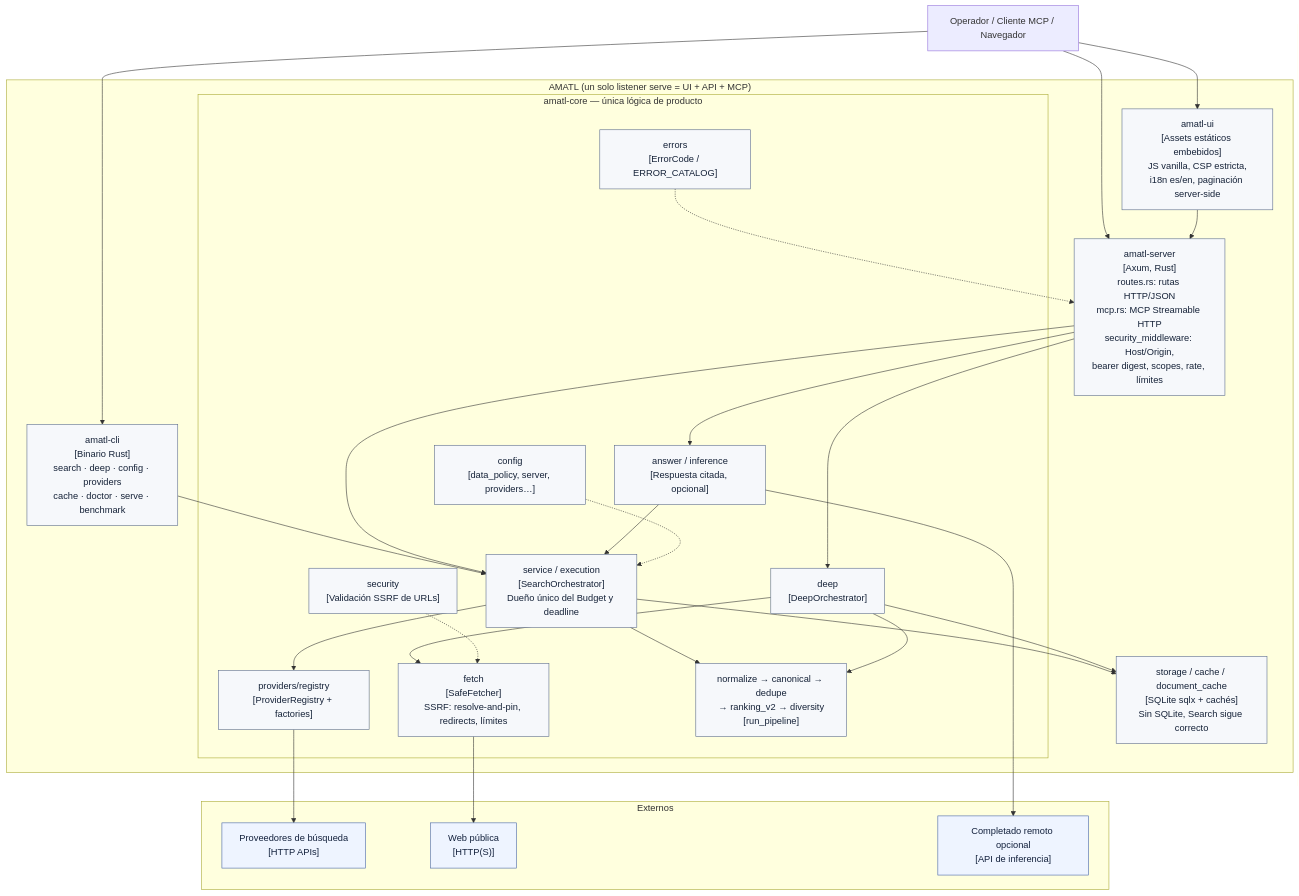
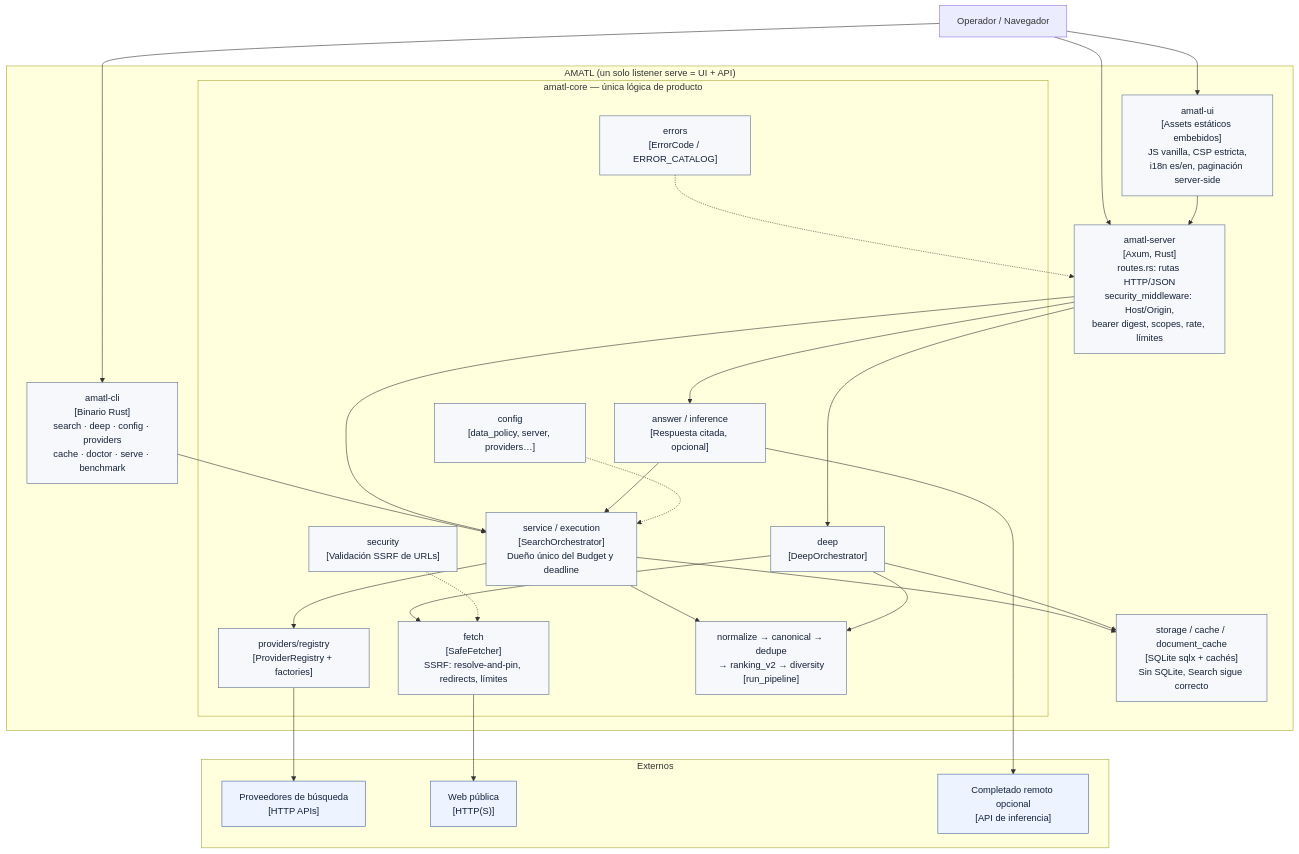
The diagram in docs/diagrams/c4-contenedores.mmd (IA-Alex/amatl), drawn with Mermaid before and after one commit. The commit also changed 53 other files, not shown here.

```diff
--- a/docs/diagrams/c4-contenedores.mmd
+++ b/docs/diagrams/c4-contenedores.mmd
@@ -1,59 +1,59 @@
 %% C4 Nivel 2 — Contenedores de AMATL (UML-like, C4)
-%% Fuente: mapa de crates (lib.rs de cada crate), memorias Serena (core, server/http-mcp, ui/frontend).
+%% Fuente: mapa de crates (lib.rs de cada crate), memorias Serena (core, server, ui/frontend).
 flowchart TB
     subgraph externos["Externos"]
         proveedores["Proveedores de búsqueda<br/>[HTTP APIs]"]
         web["Web pública<br/>[HTTP(S)]"]
         completado["Completado remoto opcional<br/>[API de inferencia]"]
     end
 
-    subgraph amatl["AMATL (un solo listener serve = UI + API + MCP)"]
+    subgraph amatl["AMATL (un solo listener serve = UI + API)"]
         cli["amatl-cli<br/>[Binario Rust]<br/>search · deep · config · providers<br/>cache · doctor · serve · benchmark"]
         ui["amatl-ui<br/>[Assets estáticos embebidos]<br/>JS vanilla, CSP estricta,<br/>i18n es/en, paginación server-side"]
-        server["amatl-server<br/>[Axum, Rust]<br/>routes.rs: rutas HTTP/JSON<br/>mcp.rs: MCP Streamable HTTP<br/>security_middleware: Host/Origin,<br/>bearer digest, scopes, rate, límites"]
+        server["amatl-server<br/>[Axum, Rust]<br/>routes.rs: rutas HTTP/JSON<br/>security_middleware: Host/Origin,<br/>bearer digest, scopes, rate, límites"]
 
         subgraph core["amatl-core — única lógica de producto"]
             orchestr["service / execution<br/>[SearchOrchestrator]<br/>Dueño único del Budget y deadline"]
             deeporch["deep<br/>[DeepOrchestrator]"]
             fetcher["fetch<br/>[SafeFetcher]<br/>SSRF: resolve-and-pin, redirects, límites"]
             providers_reg["providers/registry<br/>[ProviderRegistry + factories]"]
             pipeline["normalize → canonical → dedupe<br/>→ ranking_v2 → diversity<br/>[run_pipeline]"]
             answer["answer / inference<br/>[Respuesta citada, opcional]"]
             errs["errors<br/>[ErrorCode / ERROR_CATALOG]"]
             config["config<br/>[data_policy, server, providers…]"]
             secsec["security<br/>[Validación SSRF de URLs]"]
         end
 
         storage["storage / cache / document_cache<br/>[SQLite sqlx + cachés]<br/>Sin SQLite, Search sigue correcto"]
     end
 
-    operador_ext["Operador / Cliente MCP / Navegador"]
+    operador_ext["Operador / Navegador"]
 
     operador_ext --> cli
     operador_ext --> ui
     operador_ext --> server
 
     ui --> server
     cli --> orchestr
     server --> orchestr
     server --> deeporch
     server --> answer
 
     orchestr --> providers_reg
     orchestr --> pipeline
     deeporch --> fetcher
     deeporch --> pipeline
     answer --> orchestr
     providers_reg --> proveedores
     fetcher --> web
     answer --> completado
     orchestr --> storage
     deeporch --> storage
     secsec -.-> fetcher
     config -.-> orchestr
     errs -.-> server
 
     classDef box fill:#f6f8fb,stroke:#5b6b8c,color:#152238
     classDef ext fill:#eef4ff,stroke:#4563a8,color:#12203c
     class cli,ui,server,orchestr,deeporch,fetcher,providers_reg,pipeline,answer,errs,config,secsec,storage box
     class proveedores,web,completado ext
```
